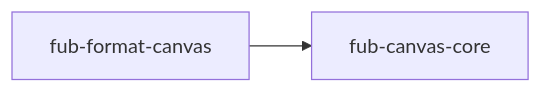
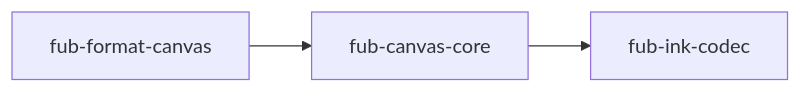
Before and after one commit to Fubeo/Fub: the fourth of 6 diagrams in docs/architecture/overview.md, drawn with Mermaid. The commit also changed other lines of this file and 7 other files, not shown here.

Commit message:
feat(canvas-core): legge e controlla l'inchiostro fub:ink delle schede

````diff
--- a/docs/architecture/overview.md
+++ b/docs/architecture/overview.md
@@ -227,10 +227,12 @@
 ```mermaid
 flowchart LR
     %% @grafo-dipendenze
     %% Il seguito del grafo: il nucleo della lavagna e i suoi clienti.
 
     canvas["fub-format-canvas"]
     canvascore["fub-canvas-core"]
+    canvasinkcodec["fub-ink-codec"]
 
     canvas --> canvascore
+    canvascore --> canvasinkcodec
 ```
````
